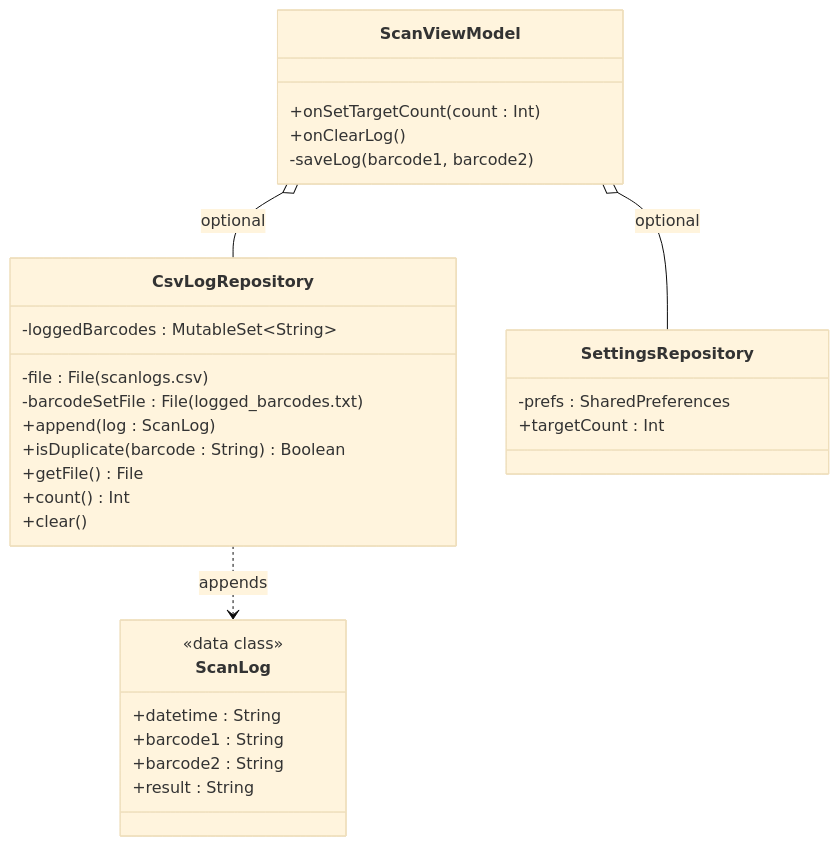
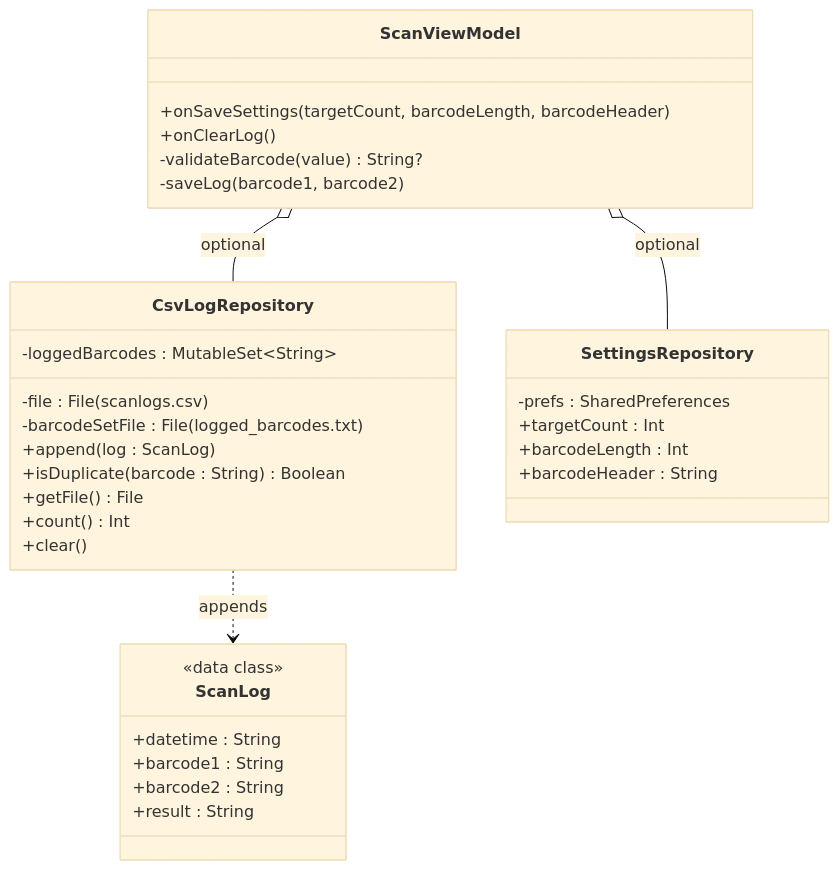
Before and after one commit to garyohosu/ocrreader: the third of 3 diagrams in CLASS.md, drawn with Mermaid (base theme). The commit also changed other lines of this file and 6 other files, not shown here.

````diff
--- a/CLASS.md
+++ b/CLASS.md
@@ -280,36 +294,39 @@
 ```mermaid
 classDiagram
     class CsvLogRepository {
         -file : File (scanlogs.csv)
         -barcodeSetFile : File (logged_barcodes.txt)
         -loggedBarcodes : MutableSet~String~
         +append(log : ScanLog)
         +isDuplicate(barcode : String) Boolean
         +getFile() File
         +count() Int
         +clear()
     }
 
     class SettingsRepository {
         -prefs : SharedPreferences
         +targetCount : Int
+        +barcodeLength : Int
+        +barcodeHeader : String
     }
 
     class ScanLog {
         <<data class>>
         +datetime : String
         +barcode1 : String
         +barcode2 : String
         +result : String
     }
 
     class ScanViewModel {
-        +onSetTargetCount(count : Int)
+        +onSaveSettings(targetCount, barcodeLength, barcodeHeader)
         +onClearLog()
+        -validateBarcode(value) String?
         -saveLog(barcode1, barcode2)
     }
 
     ScanViewModel o-- CsvLogRepository : optional
     ScanViewModel o-- SettingsRepository : optional
     CsvLogRepository ..> ScanLog : appends
 ```
````
